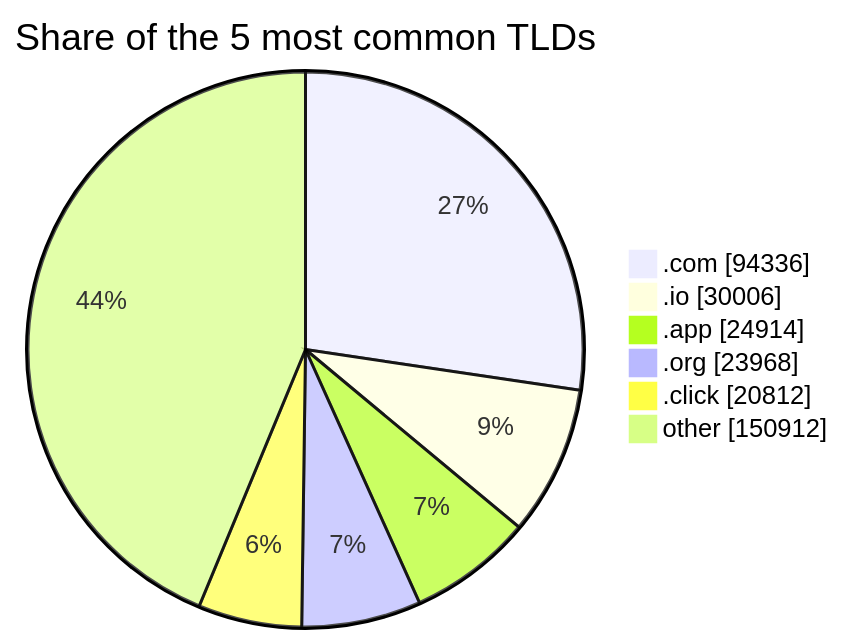
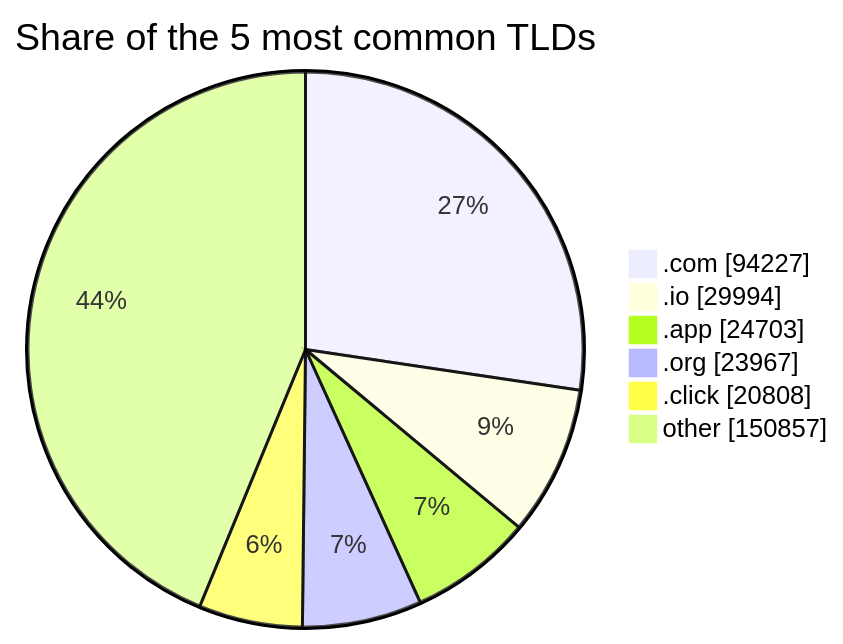
Before and after one commit to DNSBunker/CTI: the third of 3 diagrams in README.md, drawn with Mermaid. The commit also changed other lines of this file and 4 other files, not shown here.

````diff
--- a/README.md
+++ b/README.md
@@ -81,9 +81,9 @@
 ```mermaid
 pie showData title Share of the 5 most common TLDs
-    ".com" : 94336
-    ".io" : 30006
-    ".app" : 24914
-    ".org" : 23968
-    ".click" : 20812
-    "other" : 150912
+    ".com" : 94227
+    ".io" : 29994
+    ".app" : 24703
+    ".org" : 23967
+    ".click" : 20808
+    "other" : 150857
 ```
````
